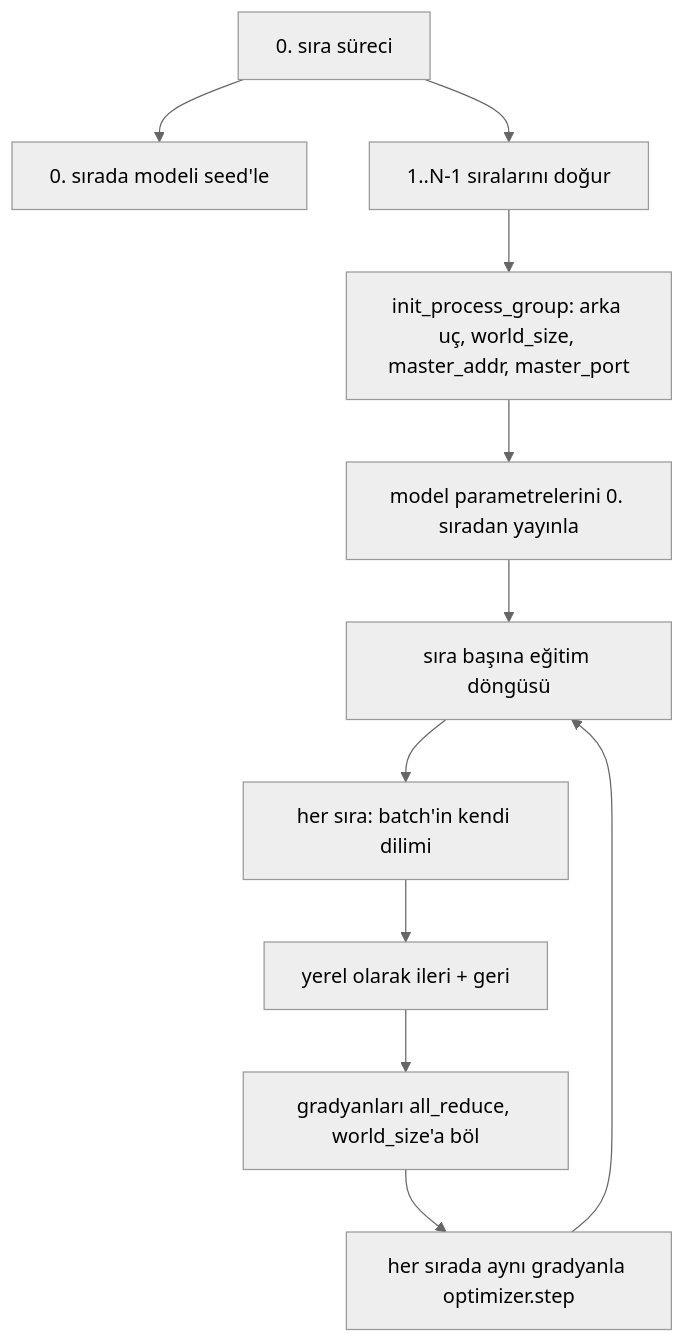
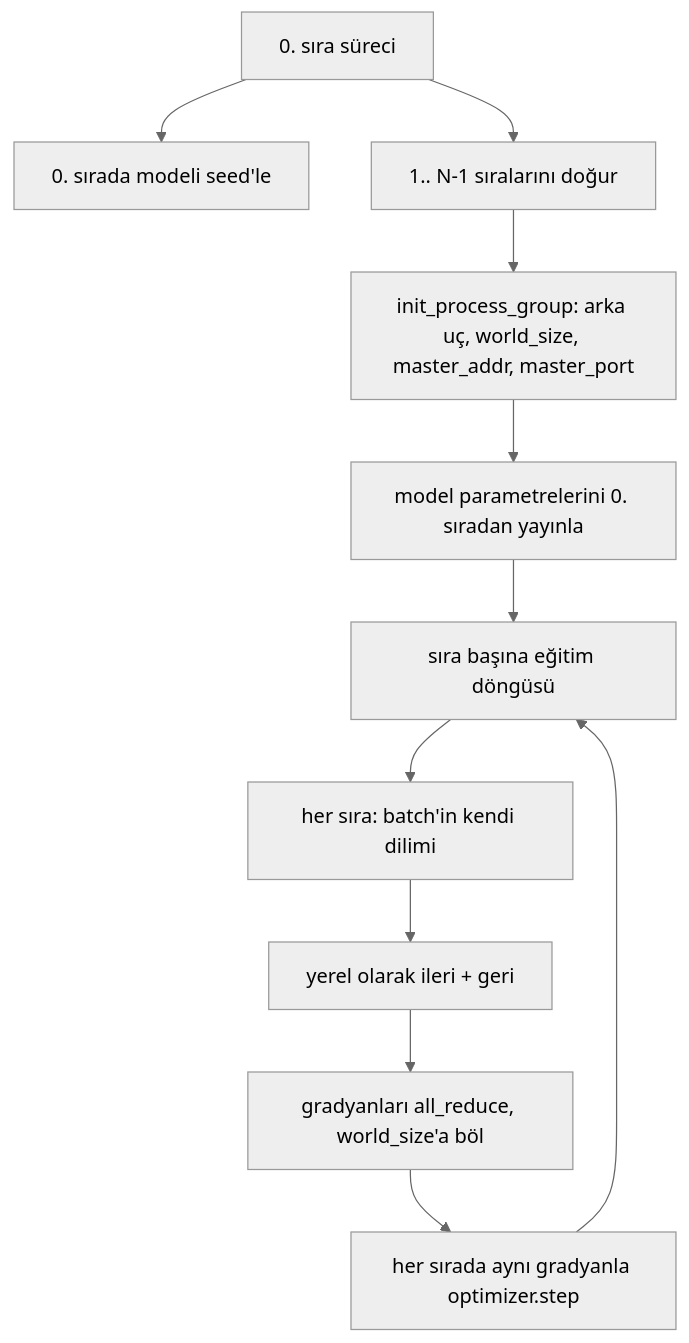
Before and after one commit to burakpehlivan-se/ai-engineering-from-scratch: the first of 2 diagrams in phases/19-capstone-projects/48-distributed-fsdp-ddp/docs/tr.md, drawn with Mermaid (neutral theme). The commit also changed other lines of this file and 476 other files, not shown here.

````diff
--- a/phases/19-capstone-projects/48-distributed-fsdp-ddp/docs/tr.md
+++ b/phases/19-capstone-projects/48-distributed-fsdp-ddp/docs/tr.md
@@ -29,13 +29,13 @@
 ```mermaid
 flowchart TB
-  init[0. sıra süreci] --> seed[0. sırada modeli seed'le]
-  init --> spawn[1..N-1 sıralarını doğur]
-  spawn --> pg[init_process_group: arka uç, world_size, master_addr, master_port]
-  pg --> bcast[model parametrelerini 0. sıradan yayınla]
-  bcast --> loop[sıra başına eğitim döngüsü]
-  loop --> shard[her sıra: batch'in kendi dilimi]
-  shard --> fwd[yerel olarak ileri + geri]
-  fwd --> ar[gradyanları all_reduce, world_size'a böl]
-  ar --> step[her sırada aynı gradyanla optimizer.step]
-  step --> loop
+ init[0. sıra süreci] --> seed[0. sırada modeli seed'le]
+ init --> spawn[1.. N-1 sıralarını doğur]
+ spawn --> pg[init_process_group: arka uç, world_size, master_addr, master_port]
+ pg --> bcast[model parametrelerini 0. sıradan yayınla]
+ bcast --> loop[sıra başına eğitim döngüsü]
+ loop --> shard[her sıra: batch'in kendi dilimi]
+ shard --> fwd[yerel olarak ileri + geri]
+ fwd --> ar[gradyanları all_reduce, world_size'a böl]
+ ar --> step[her sırada aynı gradyanla optimizer.step]
+ step --> loop
 ```
````
